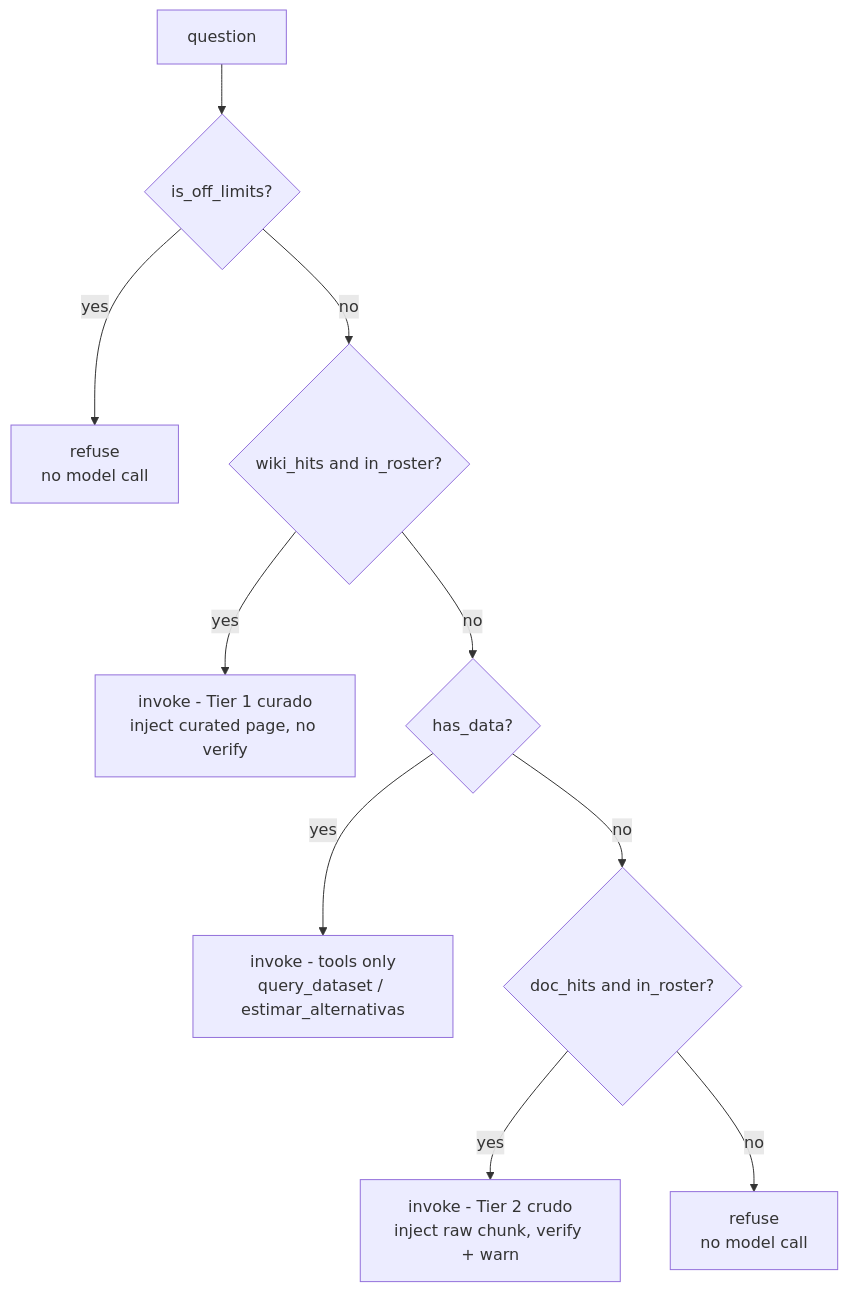
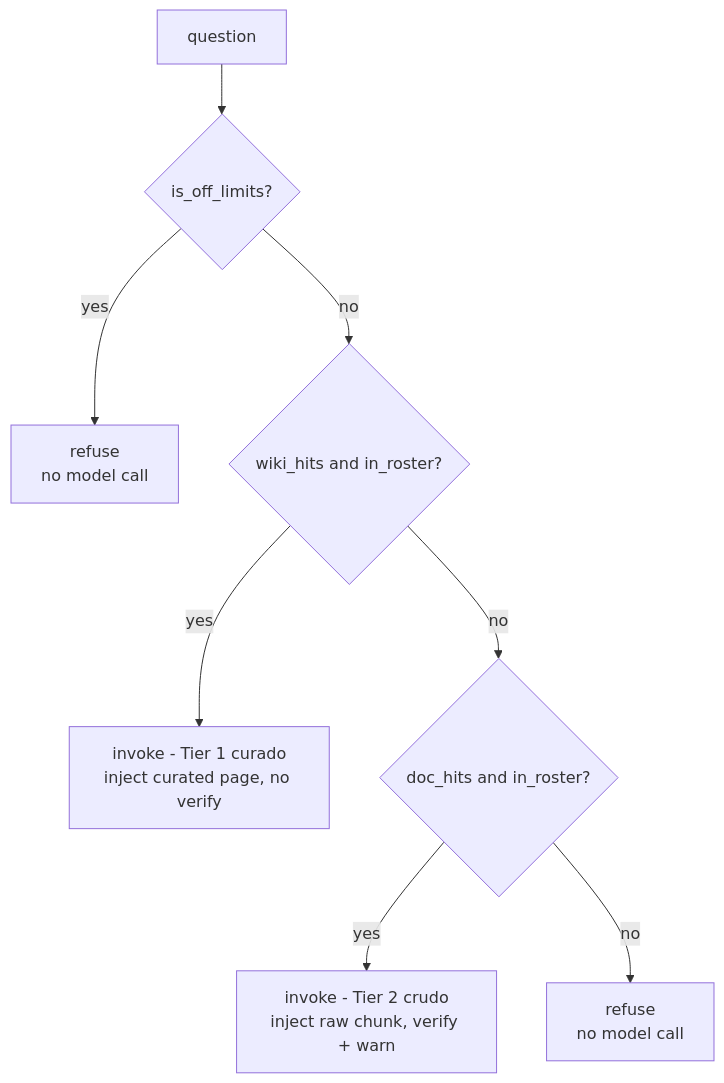
One commit to Clod/llmwiki-marimo changed the first of 2 diagrams in docs/query_walkthrough.md. Above: the diagram before and after it, drawn with Mermaid. The commit also changed other lines of this file and 2 other files, not shown here.

First line of the commit message:
docs: split the query walkthrough on the same line as its sibling

````diff
--- a/docs/query_walkthrough.md
+++ b/docs/query_walkthrough.md
@@ -83,12 +88,10 @@
 ```mermaid
 flowchart TD
     Q["question"] --> OFF{"is_off_limits?"}
     OFF -->|yes| R1["refuse<br/>no model call"]
     OFF -->|no| T1{"wiki_hits and in_roster?"}
     T1 -->|yes| TIER1["invoke - Tier 1 curado<br/>inject curated page, no verify"]
-    T1 -->|no| DATA{"has_data?"}
-    DATA -->|yes| TOOLS["invoke - tools only<br/>query_dataset / estimar_alternativas"]
-    DATA -->|no| T2{"doc_hits and in_roster?"}
+    T1 -->|no| T2{"doc_hits and in_roster?"}
     T2 -->|yes| TIER2["invoke - Tier 2 crudo<br/>inject raw chunk, verify + warn"]
     T2 -->|no| R2["refuse<br/>no model call"]
 ```
````
